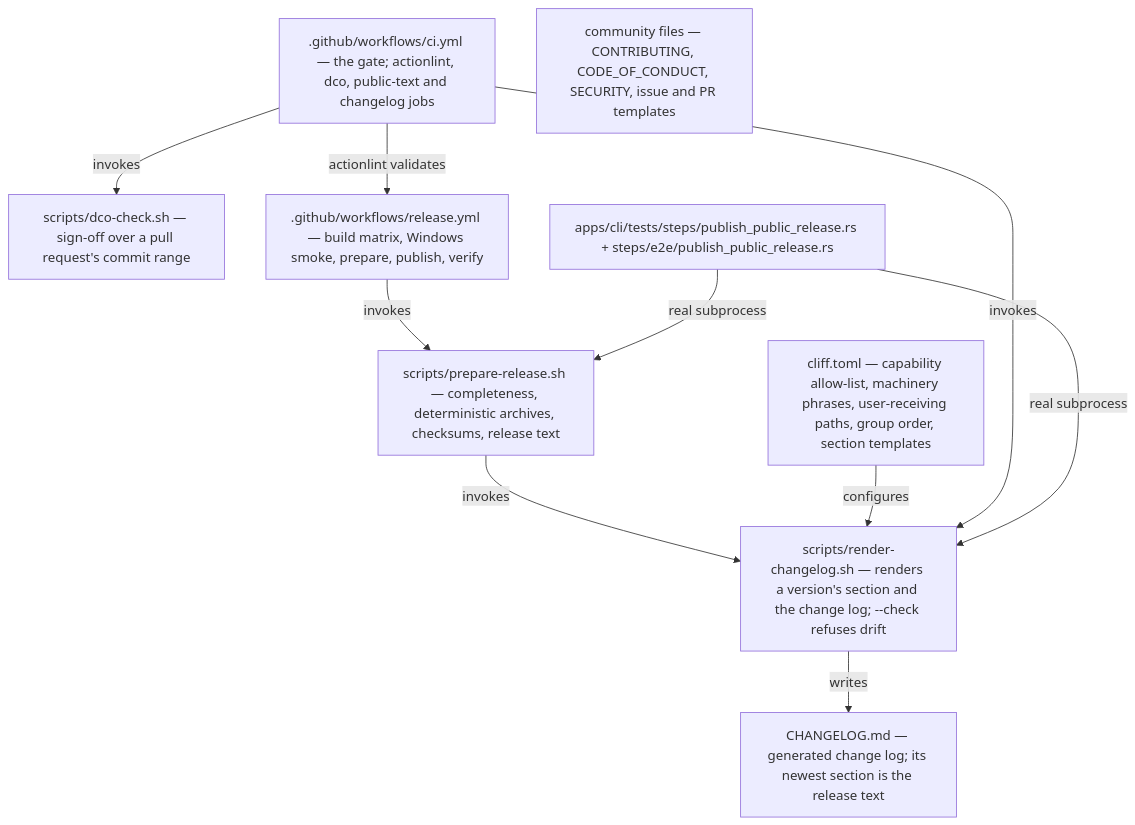
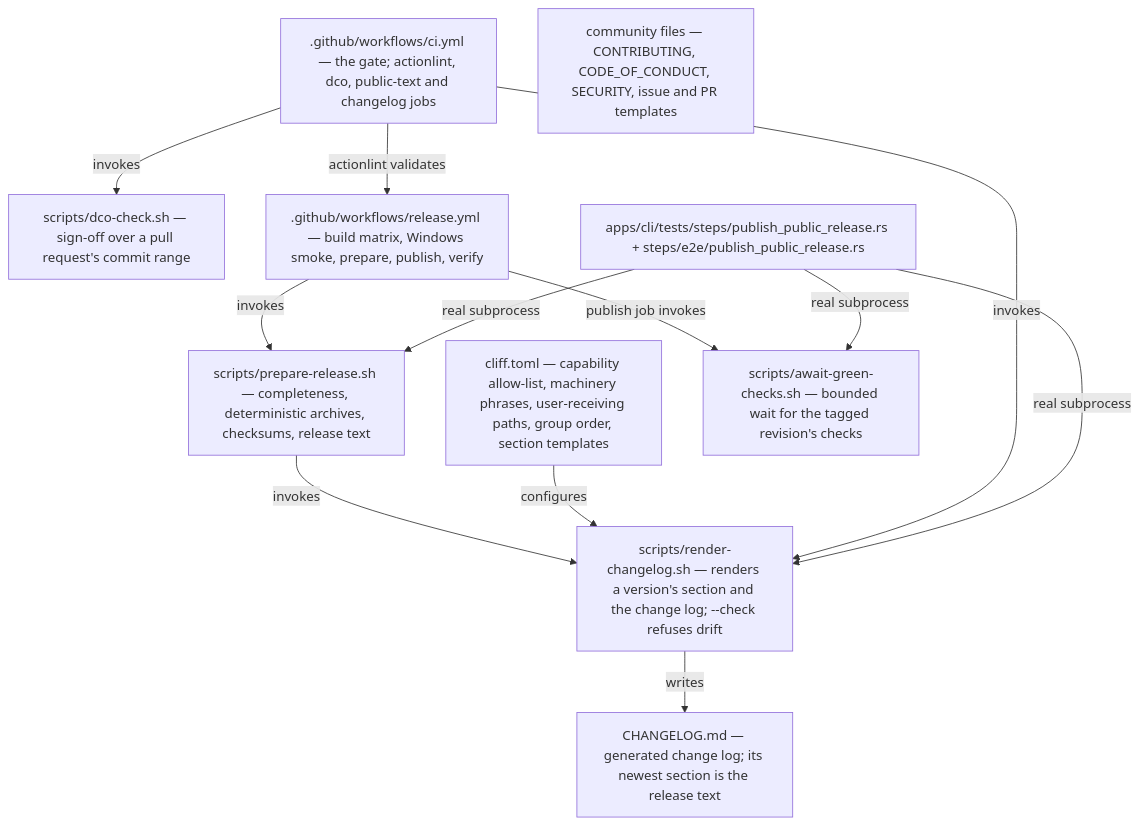
The second of 2 diagrams in docs/arc42/05-building-block-view.md (duty2cal/duty2cal), drawn with Mermaid before and after one commit. The commit also changed other lines of this file and 19 other files, not shown here.

Commit message:
feat(publish-public-release): A release is published only after every check on the tagged revision has concluded successfully, so the branch and tag can be pushed together without racing the gate.

````diff
--- a/docs/arc42/05-building-block-view.md
+++ b/docs/arc42/05-building-block-view.md
@@ -25,21 +25,24 @@
 ```mermaid
 flowchart TB
   PREP["scripts/prepare-release.sh — completeness, deterministic archives, checksums, release text"]
   RENDER["scripts/render-changelog.sh — renders a version's section and the change log; --check refuses drift"]
   CONFIG["cliff.toml — capability allow-list, machinery phrases, user-receiving paths, group order, section templates"]
   LOG["CHANGELOG.md — generated change log; its newest section is the release text"]
   DCO["scripts/dco-check.sh — sign-off over a pull request's commit range"]
+  GATE["scripts/await-green-checks.sh — bounded wait for the tagged revision's checks"]
   CI[".github/workflows/ci.yml — the gate; actionlint, dco, public-text and changelog jobs"]
   REL[".github/workflows/release.yml — build matrix, Windows smoke, prepare, publish, verify"]
   COMM["community files — CONTRIBUTING, CODE_OF_CONDUCT, SECURITY, issue and PR templates"]
   STEPS["apps/cli/tests/steps/publish_public_release.rs + steps/e2e/publish_public_release.rs"]
   REL -->|invokes| PREP
   PREP -->|invokes| RENDER
+  REL -->|publish job invokes| GATE
   CONFIG -->|configures| RENDER
   RENDER -->|writes| LOG
   CI -->|invokes| DCO
   CI -->|invokes| RENDER
   CI -->|actionlint validates| REL
   STEPS -->|real subprocess| PREP
   STEPS -->|real subprocess| RENDER
+  STEPS -->|real subprocess| GATE
 ```
````
